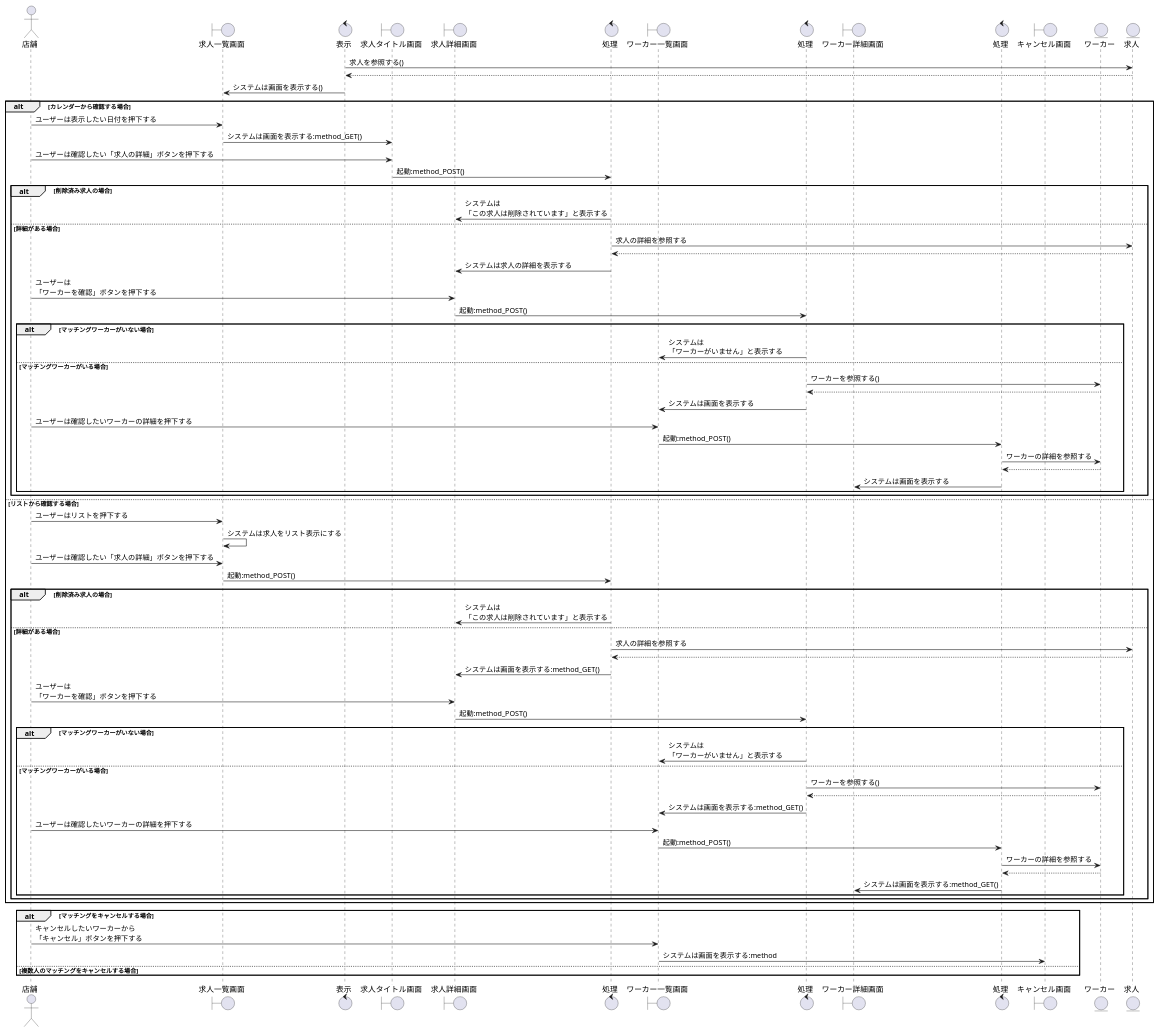
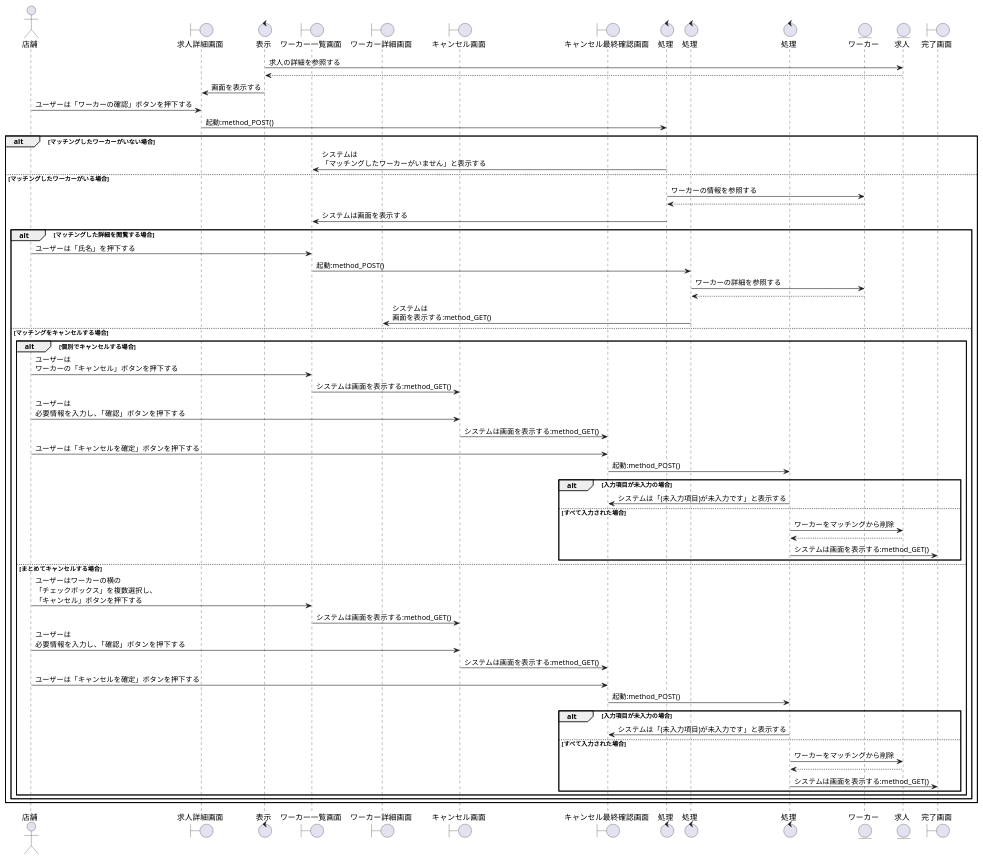
The diagram in sequence_fig/8_storeside_fn/04_マッチングしたワーカーの確認をする.pu (irukacb256/high_Me), drawn with PlantUML before and after one commit. The commit also changed 5 other files, not shown here.

```diff
--- a/sequence_fig/8_storeside_fn/04_マッチングしたワーカーの確認をする.pu
+++ b/sequence_fig/8_storeside_fn/04_マッチングしたワーカーの確認をする.pu
@@ -1,99 +1,82 @@
 @startuml マッチングしたワーカーの確認をする
 
 actor 店舗 as cp1
-boundary 求人一覧画面 as b1
+
+boundary 求人詳細画面 as b1
 control 表示 as co1
-boundary 求人タイトル画面 as b2
-boundary 求人詳細画面 as b3
+boundary ワーカー一覧画面 as b2
+boundary ワーカー詳細画面 as b3
+boundary キャンセル画面 as b4
+boundary キャンセル最終確認画面 as b5
 control 処理 as co2
-boundary ワーカー一覧画面 as b4
 control 処理 as co3
-boundary ワーカー詳細画面 as b5
 control 処理 as co4
-boundary キャンセル画面 as b6
 
 entity ワーカー as wo1
 entity 求人 as jb1
+boundary 完了画面 as b6
 
-co1 -> jb1 : 求人を参照する()
+co1 -> jb1 : 求人の詳細を参照する
 co1 <-- jb1
-b1 <- co1 : システムは画面を表示する()
+co1 -> b1 : 画面を表示する
+cp1 -> b1 : ユーザーは「ワーカーの確認」ボタンを押下する
+b1 -> co2 : 起動:method_POST()
 
-alt カレンダーから確認する場合
-    cp1 -> b1 : ユーザーは表示したい日付を押下する
-    b1 -> b2 : システムは画面を表示する:method_GET()
-    cp1 -> b2 : ユーザーは確認したい「求人の詳細」ボタンを押下する
-    b2 -> co2 : 起動:method_POST()
-    
-    alt 削除済み求人の場合
-        co2 -> b3 : システムは\n「この求人は削除されています」と表示する
-    
-    else 詳細がある場合
-        co2 -> jb1 : 求人の詳細を参照する
-        co2 <-- jb1
-        co2 -> b3 : システムは求人の詳細を表示する
-        cp1 -> b3 : ユーザーは\n「ワーカーを確認」ボタンを押下する
-        b3 -> co3 : 起動:method_POST()
+alt マッチングしたワーカーがいない場合
+    co2 -> b2 : システムは\n「マッチングしたワーカーがいません」と表示する
 
-        alt マッチングワーカーがいない場合
-            co3 -> b4 : システムは\n「ワーカーがいません」と表示する
+else マッチングしたワーカーがいる場合
+    co2 -> wo1 : ワーカーの情報を参照する
+    co2 <-- wo1
+    co2 -> b2 : システムは画面を表示する
 
-        else マッチングワーカーがいる場合
-            co3 -> wo1 : ワーカーを参照する()
-            co3 <-- wo1
-            co3 -> b4 : システムは画面を表示する
-            cp1 -> b4 : ユーザーは確認したいワーカーの詳細を押下する
-            b4 -> co4 : 起動:method_POST()
-            co4 -> wo1 : ワーカーの詳細を参照する
-            co4 <-- wo1
-            co4 -> b5 : システムは画面を表示する
-        
+    alt マッチングした詳細を閲覧する場合
+        cp1 -> b2 : ユーザーは「氏名」を押下する
+        b2 -> co3 : 起動:method_POST()
+        co3 -> wo1 : ワーカーの詳細を参照する
+        co3 <-- wo1
+        co3 -> b3 : システムは\n画面を表示する:method_GET()
+
+    else マッチングをキャンセルする場合
+
+        alt 個別でキャンセルする場合
+            cp1 -> b2 : ユーザーは\nワーカーの「キャンセル」ボタンを押下する
+            b2 -> b4 : システムは画面を表示する:method_GET()
+            cp1 -> b4 : ユーザーは\n必要情報を入力し、「確認」ボタンを押下する
+            b4 -> b5 : システムは画面を表示する:method_GET()
+            cp1 -> b5 : ユーザーは「キャンセルを確定」ボタンを押下する
+            b5 -> co4 : 起動:method_POST()
+
+            alt 入力項目が未入力の場合
+                co4 -> b5 : システムは「(未入力項目)が未入力です」と表示する
+
+            else すべて入力された場合
+                co4 -> jb1  : ワーカーをマッチングから削除
+                co4 <-- jb1
+                co4 -> b6 : システムは画面を表示する:method_GET()
+
+            end
+
+        else まとめてキャンセルする場合
+
+            cp1 -> b2 : ユーザーはワーカーの横の\n「チェックボックス」を複数選択し、\n「キャンセル」ボタンを押下する
+            b2 -> b4 : システムは画面を表示する:method_GET()
+            cp1 -> b4 : ユーザーは\n必要情報を入力し、「確認」ボタンを押下する
+            b4 -> b5 : システムは画面を表示する:method_GET()
+            cp1 -> b5 : ユーザーは「キャンセルを確定」ボタンを押下する
+            b5 -> co4 : 起動:method_POST()
+
+            alt 入力項目が未入力の場合
+                co4 -> b5 : システムは「(未入力項目)が未入力です」と表示する
+
+            else すべて入力された場合
+                co4 -> jb1  : ワーカーをマッチングから削除
+                co4 <-- jb1
+                co4 -> b6 : システムは画面を表示する:method_GET()
+
+            end
+
         end
-
     end
-
-else リストから確認する場合
-    cp1 -> b1 : ユーザーはリストを押下する
-    b1 -> b1 : システムは求人をリスト表示にする
-    cp1 -> b1 : ユーザーは確認したい「求人の詳細」ボタンを押下する
-    b1 -> co2 : 起動:method_POST()
-
-    alt 削除済み求人の場合
-        co2 -> b3 : システムは\n「この求人は削除されています」と表示する
-    
-    else 詳細がある場合
-        co2 -> jb1 : 求人の詳細を参照する
-        co2 <-- jb1
-        co2 -> b3 : システムは画面を表示する:method_GET()
-        cp1 -> b3 : ユーザーは\n「ワーカーを確認」ボタンを押下する
-        b3 -> co3 : 起動:method_POST()
-
-        alt マッチングワーカーがいない場合
-            co3 -> b4 : システムは\n「ワーカーがいません」と表示する
-
-        else マッチングワーカーがいる場合
-            co3 -> wo1 : ワーカーを参照する()
-            co3 <-- wo1
-            co3 -> b4 : システムは画面を表示する:method_GET()
-            cp1 -> b4 : ユーザーは確認したいワーカーの詳細を押下する
-            b4 -> co4 : 起動:method_POST()
-            co4 -> wo1 : ワーカーの詳細を参照する
-            co4 <-- wo1
-            co4 -> b5 : システムは画面を表示する:method_GET()
-        
-        end
-
-    end
-
 end
-
-alt マッチングをキャンセルする場合
-    cp1 -> b4 : キャンセルしたいワーカーから\n「キャンセル」ボタンを押下する
-    b4 -> b6 : システムは画面を表示する:method
-
-else 複数人のマッチングをキャンセルする場合
-
-end
-
-    
 @enduml
```
